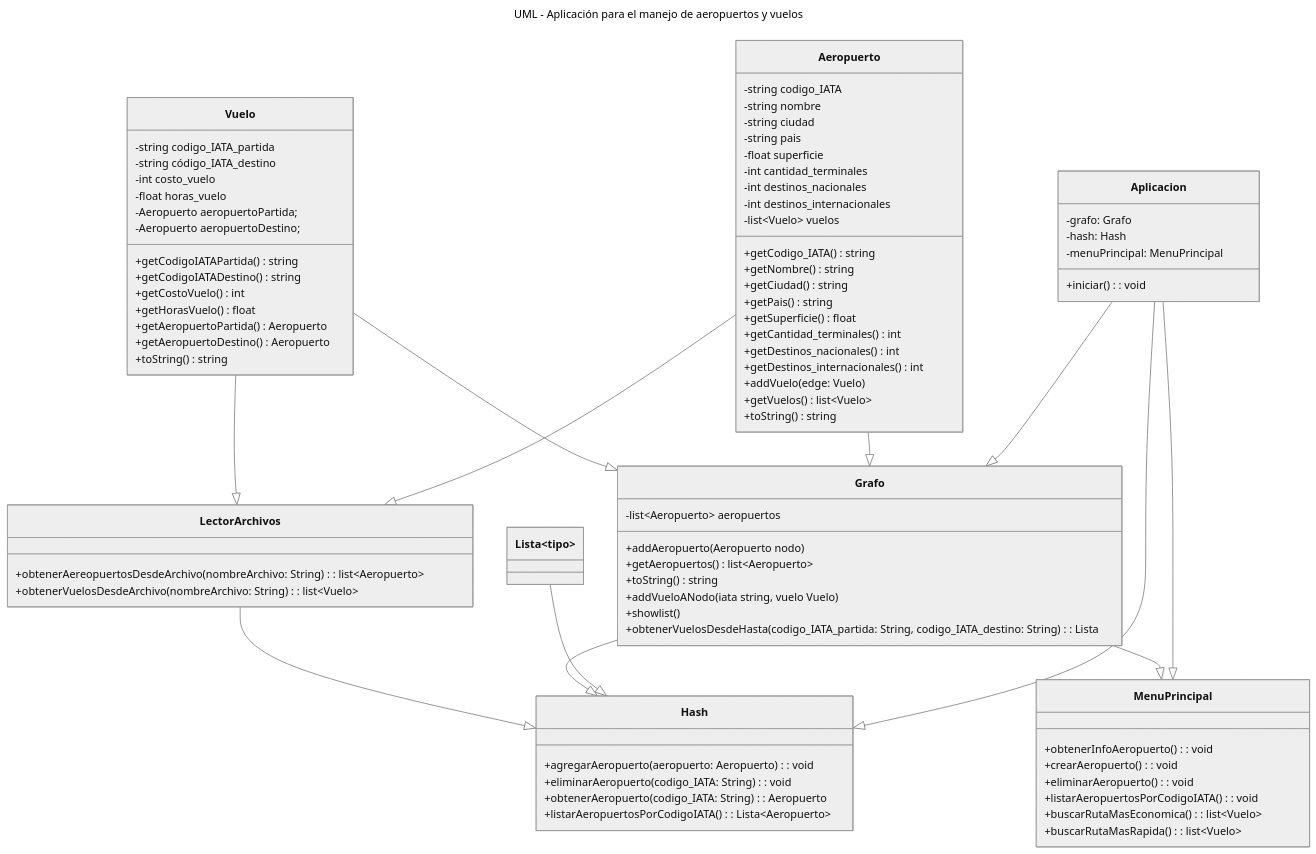
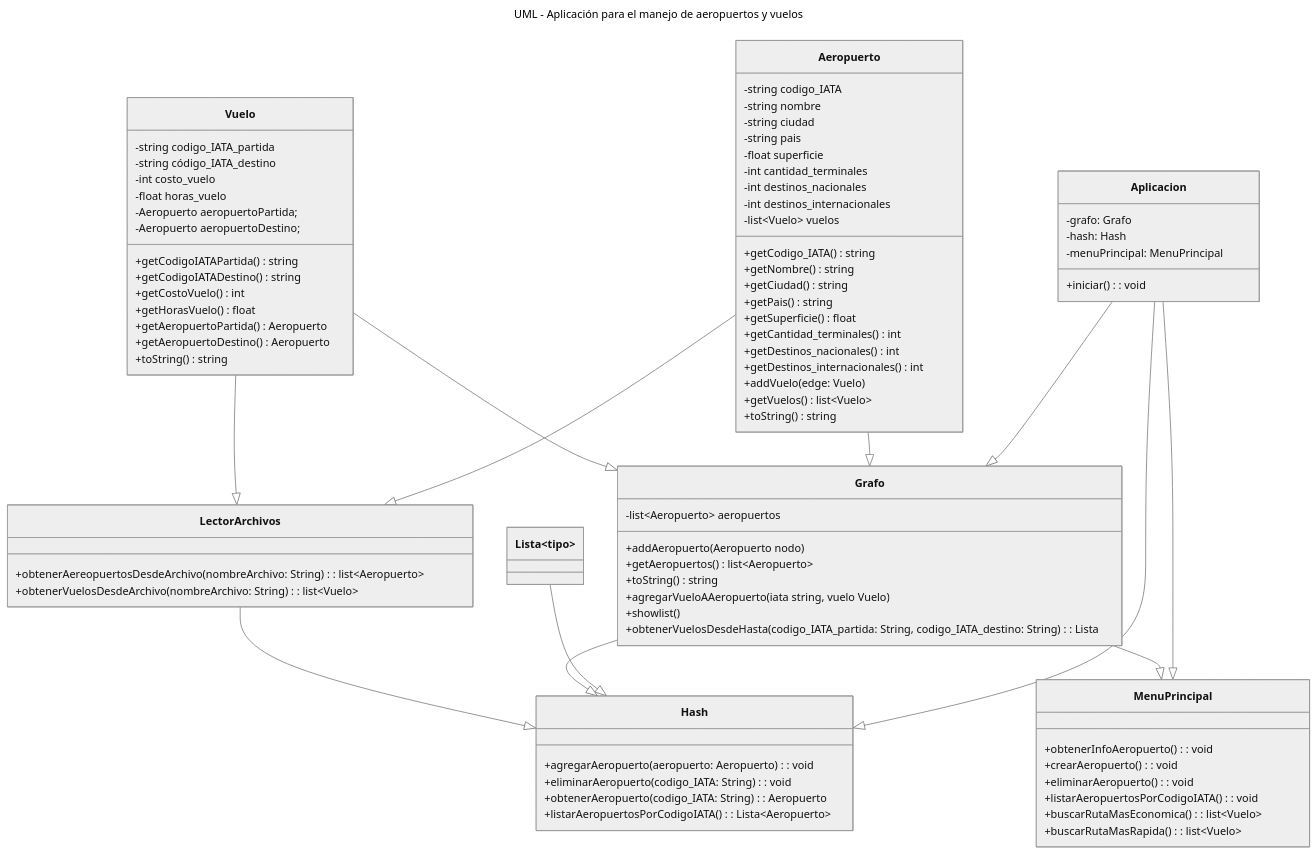
Before and after one commit to Algoritmos-2023c2-Grupo1/tp-final: the diagram in README.md, drawn with Mermaid (neutral theme). The commit also changed 8 other files, not shown here.

```diff
--- a/README.md
+++ b/README.md
@@ -117,7 +117,7 @@
         +addAeropuerto(Aeropuerto nodo)
         +getAeropuertos() list~Aeropuerto~
         +toString() string 
-        +addVueloANodo(iata string, vuelo Vuelo)
+        +agregarVueloAAeropuerto(iata string, vuelo Vuelo)
         +showlist()
         +obtenerVuelosDesdeHasta(codigo_IATA_partida: String, codigo_IATA_destino: String): Lista<Vuelo>
     }
```
